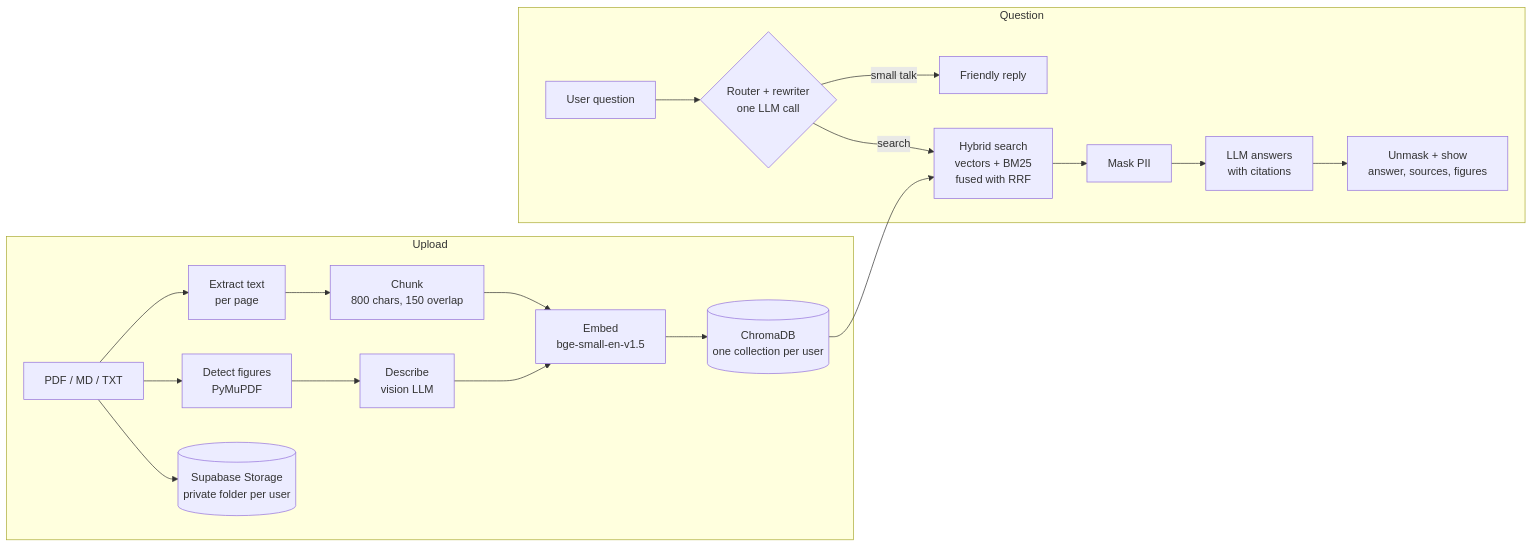
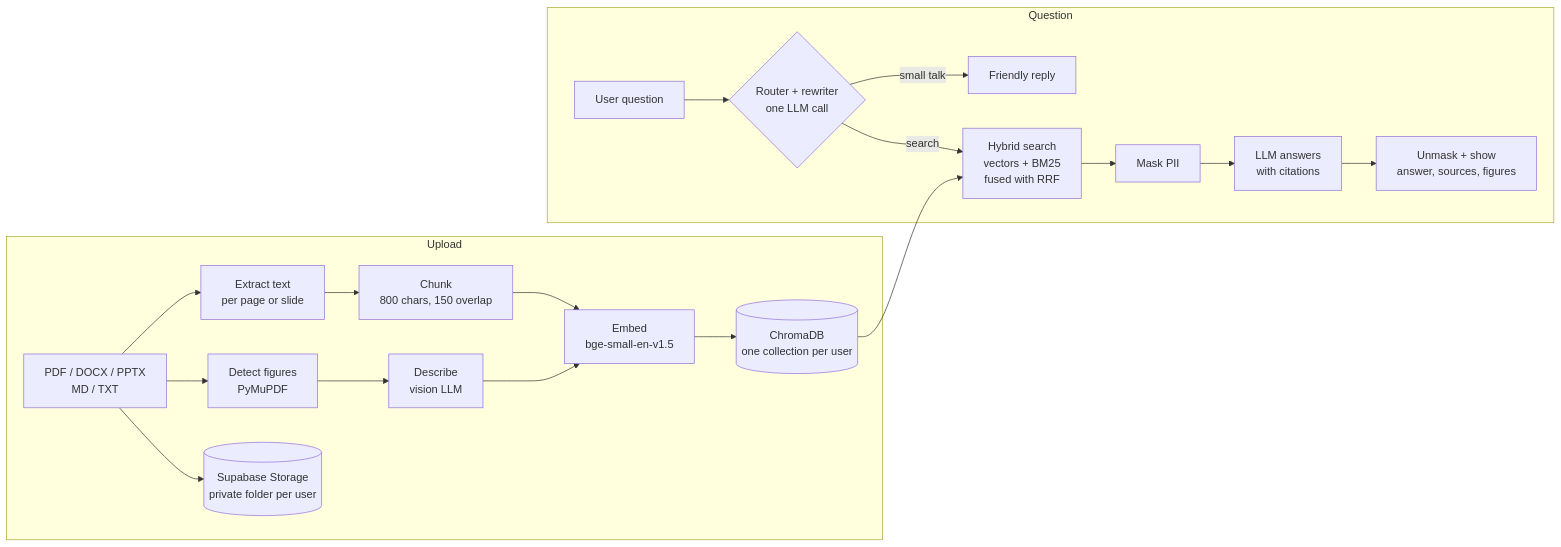
Before and after one commit to trahman888/rag_assistant: the diagram in README.md, drawn with Mermaid. The commit also changed other lines of this file and 6 other files, not shown here.

Commit message:
Enhance document support: add Word (.docx) and PowerPoint (.pptx) file handling, update README, and modify chat functionality for improved user experience

````diff
--- a/README.md
+++ b/README.md
@@ -43,23 +43,23 @@
 ```mermaid
 flowchart LR
     subgraph Upload
-        A[PDF / MD / TXT] --> B[Extract text<br/>per page]
+        A[PDF / DOCX / PPTX<br/>MD / TXT] --> B[Extract text<br/>per page or slide]
         B --> C[Chunk<br/>800 chars, 150 overlap]
         C --> D[Embed<br/>bge-small-en-v1.5]
         A --> F[Detect figures<br/>PyMuPDF]
         F --> G[Describe<br/>vision LLM]
         G --> D
         D --> E[(ChromaDB<br/>one collection per user)]
         A --> S[(Supabase Storage<br/>private folder per user)]
     end
 
     subgraph Question
         Q[User question] --> R{Router + rewriter<br/>one LLM call}
         R -- small talk --> T[Friendly reply]
         R -- search --> H[Hybrid search<br/>vectors + BM25<br/>fused with RRF]
         E --> H
         H --> M[Mask PII]
         M --> L[LLM answers<br/>with citations]
         L --> U[Unmask + show<br/>answer, sources, figures]
     end
 ```
````
